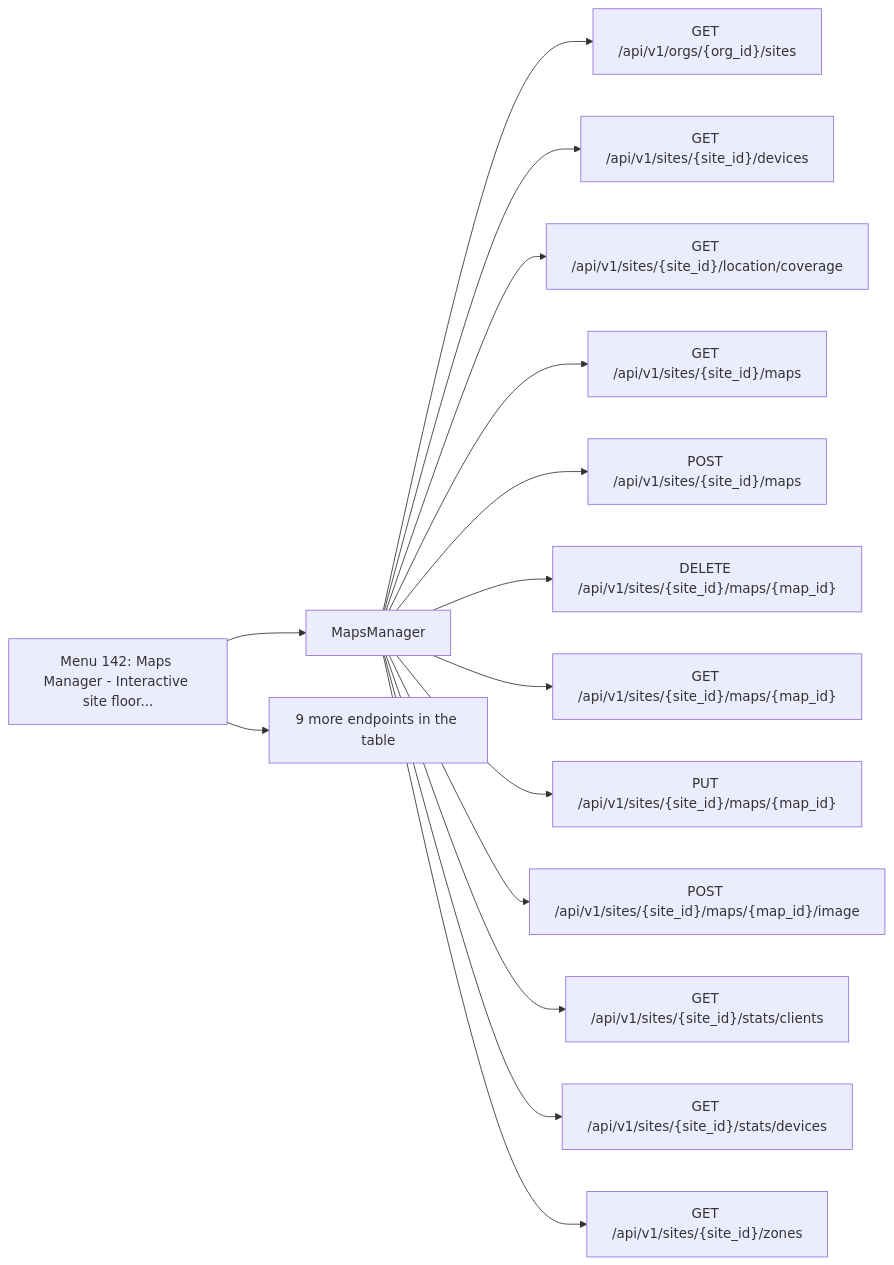
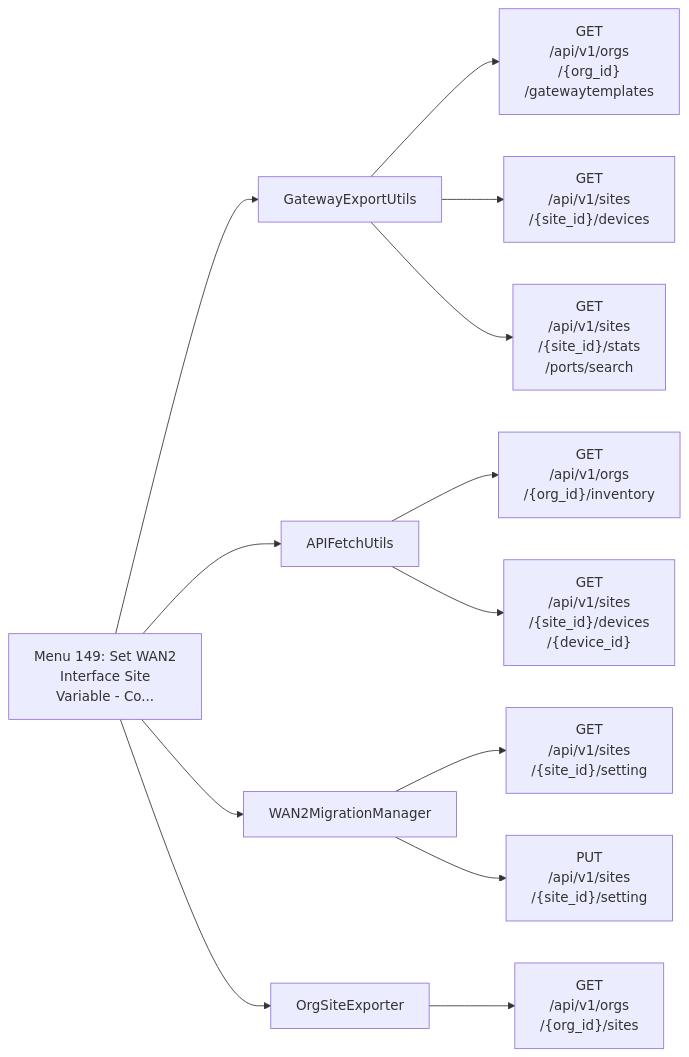
Diagram 17 of 18 in documentation/menu-api/interactive.md (jmorrison-juniper/MistHelper), drawn with Mermaid before and after one commit. The commit also changed other lines of this file and 19 other files, not shown here.

First line of the commit message:
docs(menu-api): fit the Mermaid diagrams to the wiki column (#3463)

````diff
--- a/documentation/menu-api/interactive.md
+++ b/documentation/menu-api/interactive.md
@@ -621,18 +624,16 @@
 ```mermaid
 flowchart LR
-    menu["Menu 142: Maps Manager - Interactive site floor..."]
-    menu --> c1["MapsManager"]
-    c1 --> e1["GET /api/v1/orgs/{org_id}/sites"]
-    c1 --> e2["GET /api/v1/sites/{site_id}/devices"]
-    c1 --> e3["GET /api/v1/sites/{site_id}/location/coverage"]
-    c1 --> e4["GET /api/v1/sites/{site_id}/maps"]
-    c1 --> e5["POST /api/v1/sites/{site_id}/maps"]
-    c1 --> e6["DELETE /api/v1/sites/{site_id}/maps/{map_id}"]
-    c1 --> e7["GET /api/v1/sites/{site_id}/maps/{map_id}"]
-    c1 --> e8["PUT /api/v1/sites/{site_id}/maps/{map_id}"]
-    c1 --> e9["POST /api/v1/sites/{site_id}/maps/{map_id}/image"]
-    c1 --> e10["GET /api/v1/sites/{site_id}/stats/clients"]
-    c1 --> e11["GET /api/v1/sites/{site_id}/stats/devices"]
-    c1 --> e12["GET /api/v1/sites/{site_id}/zones"]
-    menu --> more["9 more endpoints in the table"]
+    menu["Menu 149: Set WAN2<br/>Interface Site<br/>Variable - Co..."]
+    menu --> c1["GatewayExportUtils"]
+    c1 --> e1["GET<br/>/api/v1/orgs<br/>/{org_id}<br/>/gatewaytemplates"]
+    c1 --> e2["GET<br/>/api/v1/sites<br/>/{site_id}/devices"]
+    c1 --> e3["GET<br/>/api/v1/sites<br/>/{site_id}/stats<br/>/ports/search"]
+    menu --> c2["APIFetchUtils"]
+    c2 --> e4["GET<br/>/api/v1/orgs<br/>/{org_id}/inventory"]
+    c2 --> e5["GET<br/>/api/v1/sites<br/>/{site_id}/devices<br/>/{device_id}"]
+    menu --> c3["WAN2MigrationManager"]
+    c3 --> e6["GET<br/>/api/v1/sites<br/>/{site_id}/setting"]
+    c3 --> e7["PUT<br/>/api/v1/sites<br/>/{site_id}/setting"]
+    menu --> c4["OrgSiteExporter"]
+    c4 --> e8["GET<br/>/api/v1/orgs<br/>/{org_id}/sites"]
 ```
````
